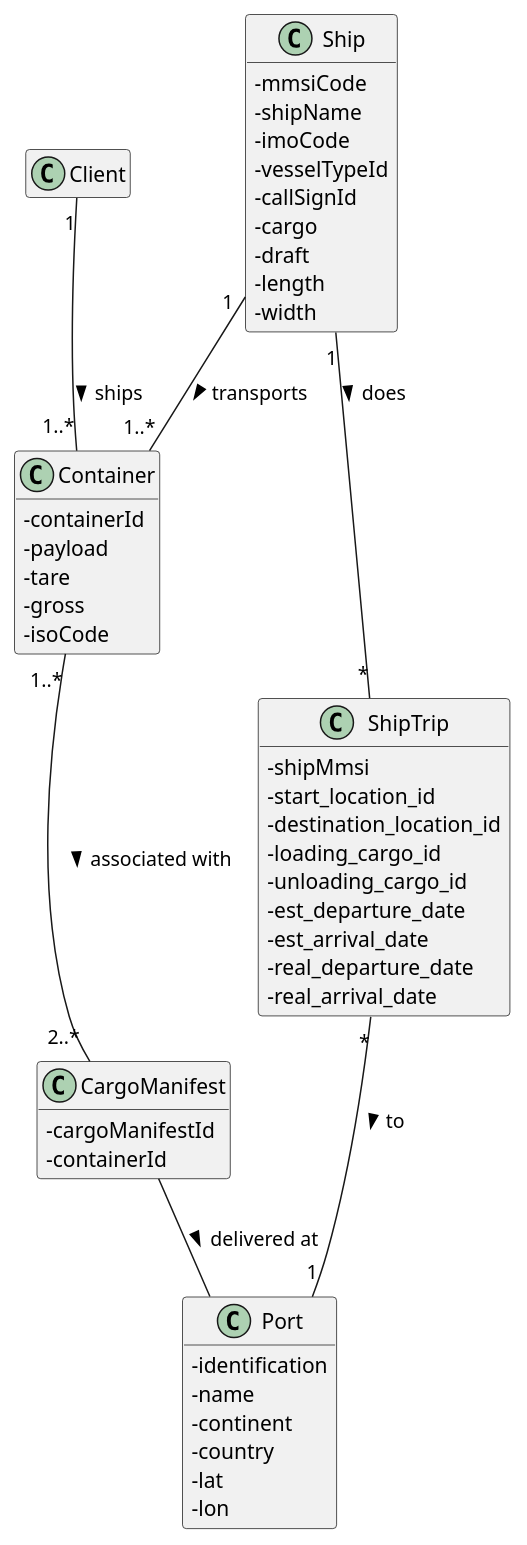
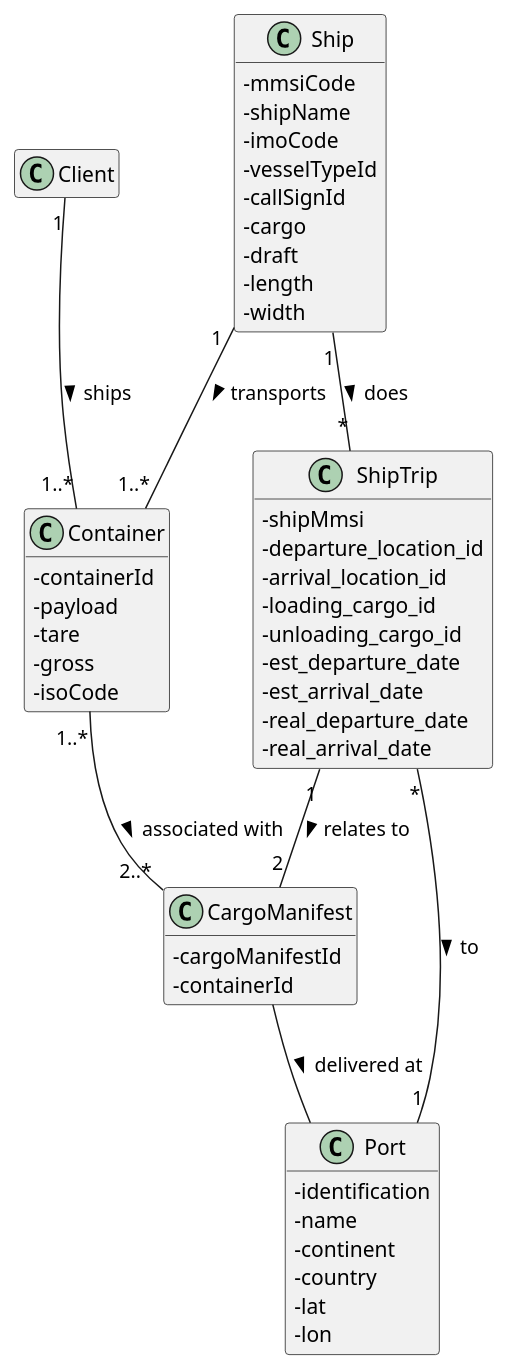
One commit to ana-albergaria/LAPR3-ISEP changed the diagram in docs/US204/US204_DM.puml. Above: the diagram before and after it, drawn with PlantUML. The commit also changed 4 other files, not shown here.

Commit message:
G54-133 #time 1h #comment US204 Doing SD diagram

```diff
--- a/docs/US204/US204_DM.puml
+++ b/docs/US204/US204_DM.puml
@@ -1,64 +1,65 @@
 @startuml
 
 skinparam classAttributeIconSize 0
 hide empty methods
 hide empty attributes
 
 class Client {}
 
 class Container {
    -containerId
    -payload
    -tare
    -gross
    -isoCode
 }
 
 class CargoManifest {
     -cargoManifestId
     -containerId
 }
 
 class Ship {
     -mmsiCode
     -shipName
     -imoCode
     -vesselTypeId
     -callSignId
     -cargo
     -draft
     -length
     -width
 }
 
 class ShipTrip{
     -shipMmsi
     /'has attribute phase?'/
-    -start_location_id
-    -destination_location_id
+    -departure_location_id
+    -arrival_location_id
     -loading_cargo_id
     -unloading_cargo_id
     -est_departure_date
     -est_arrival_date
     -real_departure_date
     -real_arrival_date
 }
 
 class Port {
     -identification
     -name
     -continent
     -country
     -lat
     -lon
 }
 
 Client "1" -- "1..*" Container : ships >
 Container "1..*"-- "2..*" CargoManifest : associated with >
 Ship "1" -- "1..*" Container : transports >
 CargoManifest -- Port : delivered at >
 Ship "1" -- "*" ShipTrip : does >
 ShipTrip "*" -- "1" Port : to >
+ShipTrip "1" -- "2" CargoManifest : relates to >
 
 
 @enduml
```
